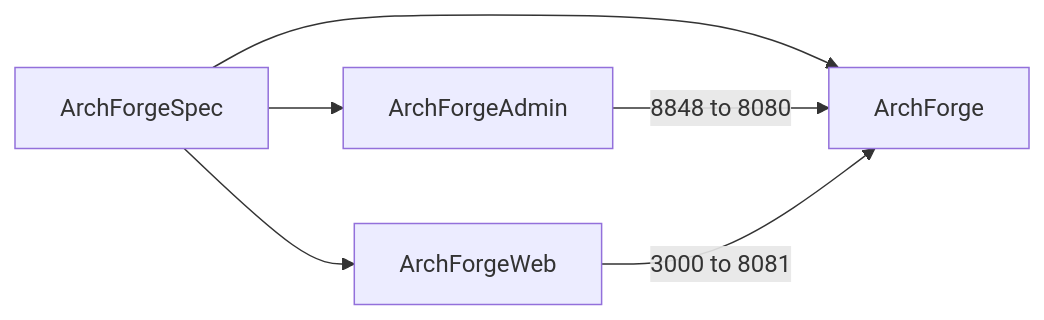
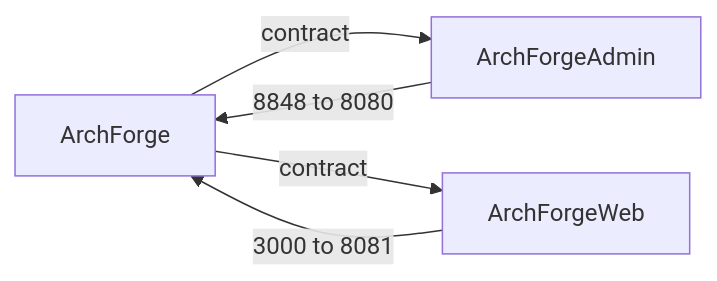
The diagram in docs/guide/introduction.md (sofn/ArchForgeDocs), drawn with Mermaid before and after one commit. The commit also changed other lines of this file and 37 other files, not shown here.

````diff
--- a/docs/guide/introduction.md
+++ b/docs/guide/introduction.md
@@ -41,12 +40,10 @@
 ```mermaid
 flowchart LR
-  Spec[ArchForgeSpec]
   Backend[ArchForge]
   Admin[ArchForgeAdmin]
   Web[ArchForgeWeb]
-  Spec --> Backend
-  Spec --> Admin
-  Spec --> Web
+  Backend -->|contract| Admin
+  Backend -->|contract| Web
   Admin -->|8848 to 8080| Backend
   Web -->|3000 to 8081| Backend
 ```
````
